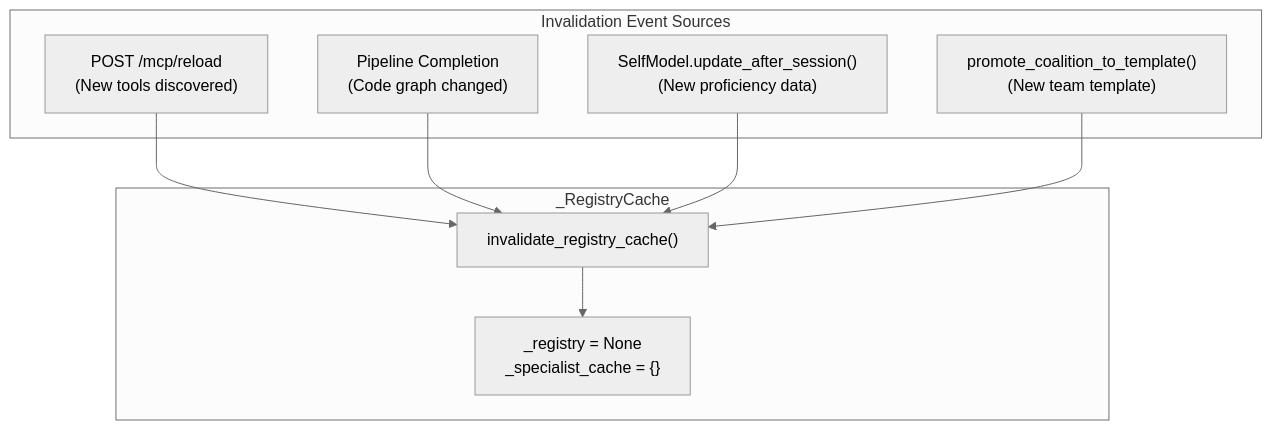
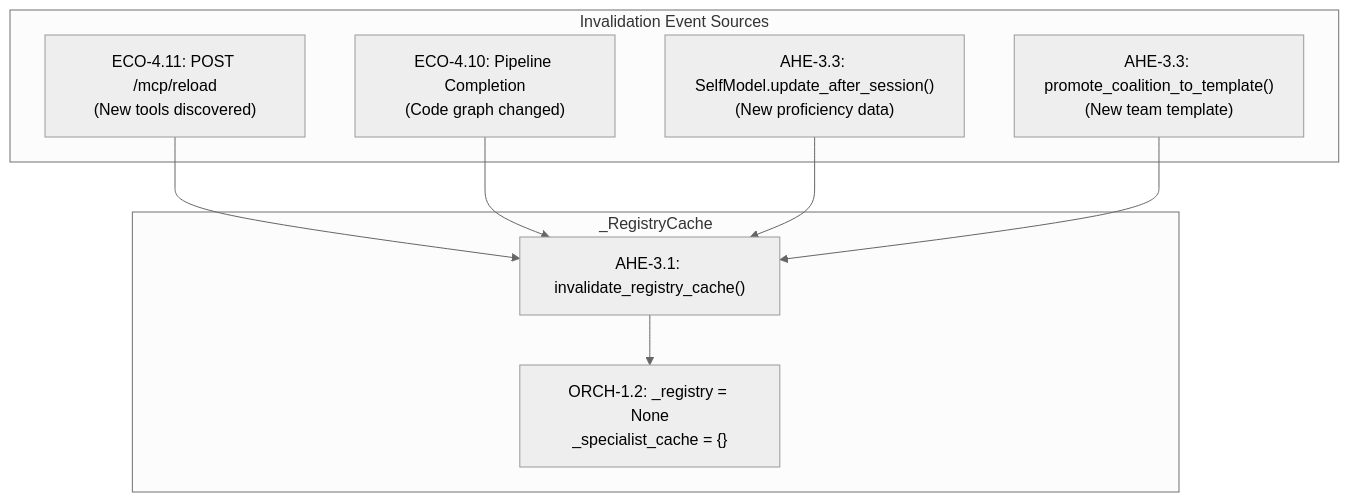
One commit to Knuckles-Team/agent-utilities changed the diagram in docs/guides/registry-cache.md. Above: the diagram before and after it, drawn with Mermaid (neutral theme). The commit also changed other lines of this file and 325 other files, not shown here.

````diff
--- a/docs/guides/registry-cache.md
+++ b/docs/guides/registry-cache.md
@@ -66,20 +66,20 @@
 ```mermaid
 graph TD
     subgraph Triggers ["Invalidation Event Sources"]
-        MCP["POST /mcp/reload\n(New tools discovered)"]
-        Pipeline["Pipeline Completion\n(Code graph changed)"]
-        SelfModel["SelfModel.update_after_session()\n(New proficiency data)"]
-        TeamConfig["promote_coalition_to_template()\n(New team template)"]
+        MCP["ECO-4.11: POST /mcp/reload\n(New tools discovered)"]
+        Pipeline["ECO-4.10: Pipeline Completion\n(Code graph changed)"]
+        SelfModel["AHE-3.3: SelfModel.update_after_session()\n(New proficiency data)"]
+        TeamConfig["AHE-3.3: promote_coalition_to_template()\n(New team template)"]
     end
 
     subgraph Cache ["_RegistryCache"]
-        Inv["invalidate_registry_cache()"]
-        Clear["_registry = None\n_specialist_cache = {}"]
+        Inv["AHE-3.1: invalidate_registry_cache()"]
+        Clear["ORCH-1.2: _registry = None\n_specialist_cache = {}"]
     end
 
     MCP --> Inv
     Pipeline --> Inv
     SelfModel --> Inv
     TeamConfig --> Inv
     Inv --> Clear
 ```
````
